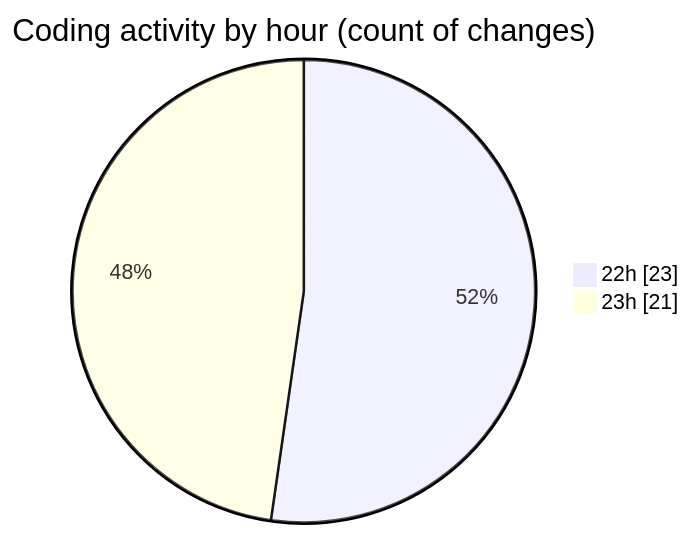
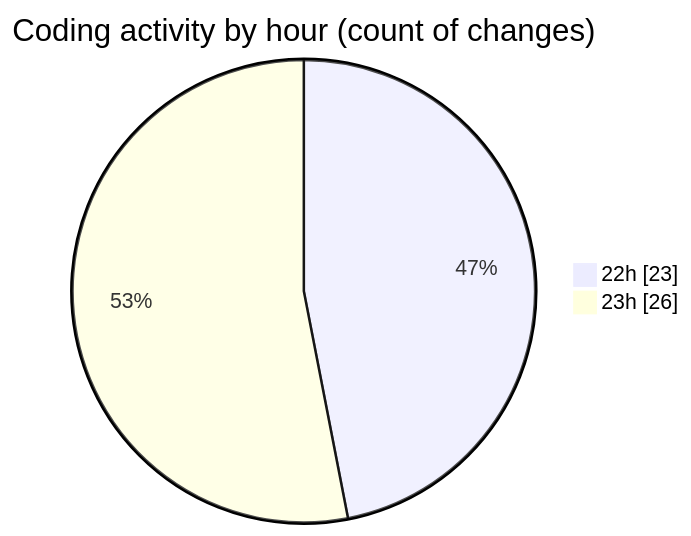
Before and after one commit to Ritupan-Deka/code-tracking: the second of 2 diagrams in 2025-10-08/url-shortener/README.md, drawn with Mermaid. The commit also changed other lines of this file and 1 other file, not shown here.

````diff
--- a/2025-10-08/url-shortener/README.md
+++ b/2025-10-08/url-shortener/README.md
@@ -32,6 +33,6 @@
 ```mermaid
 pie showData
 title Coding activity by hour (count of changes)
 "22h" : 23
-"23h" : 21
+"23h" : 26
 ```
````
